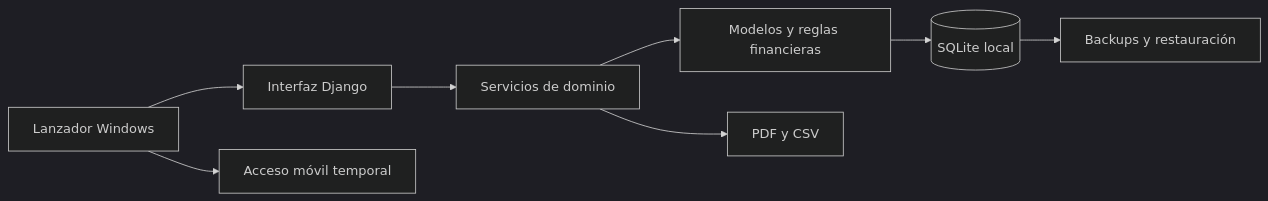
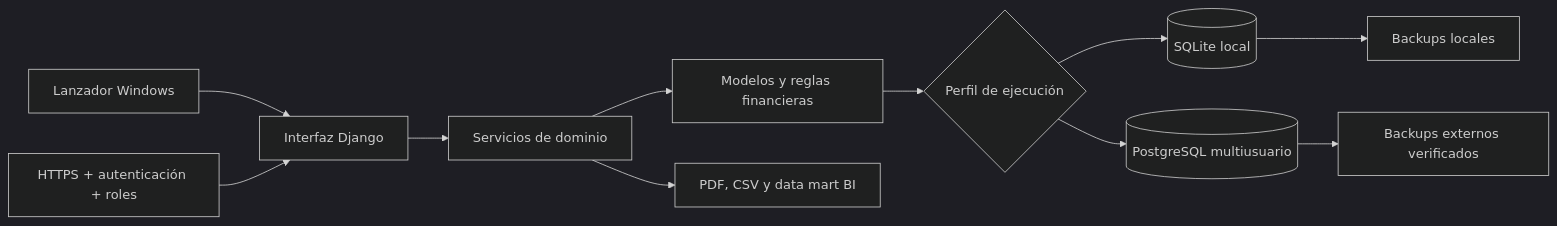
The diagram in README.md (HeKoXCode/gestion-financiera-local), drawn with Mermaid (dark theme) before and after one commit. The commit also changed other lines of this file and 7 other files, not shown here.

````diff
--- a/README.md
+++ b/README.md
@@ -45,10 +48,13 @@
 ```mermaid
 flowchart LR
   A[Interfaz Django] --> B[Servicios de dominio]
   B --> C[Modelos y reglas financieras]
-  C --> D[(SQLite local)]
-  B --> E[PDF y CSV]
-  D --> F[Backups y restauración]
+  C --> D{Perfil de ejecución}
+  D --> E[(SQLite local)]
+  D --> F[(PostgreSQL multiusuario)]
+  B --> K[PDF, CSV y data mart BI]
+  E --> H[Backups locales]
+  F --> I[Backups externos verificados]
   G[Lanzador Windows] --> A
-  G --> H[Acceso móvil temporal]
+  J[HTTPS + autenticación + roles] --> A
 ```
````
